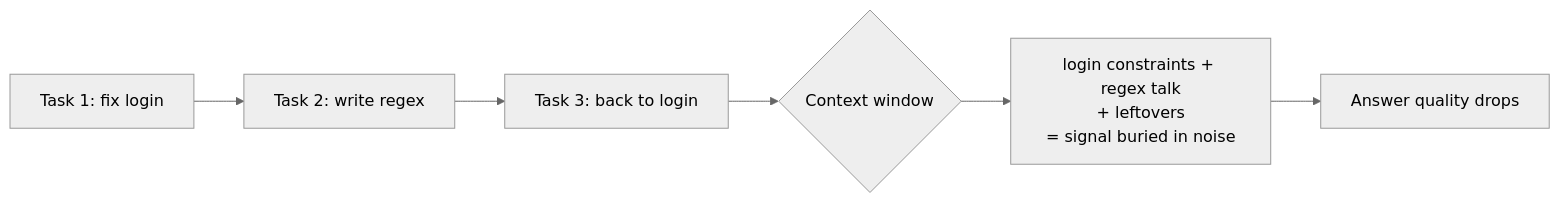
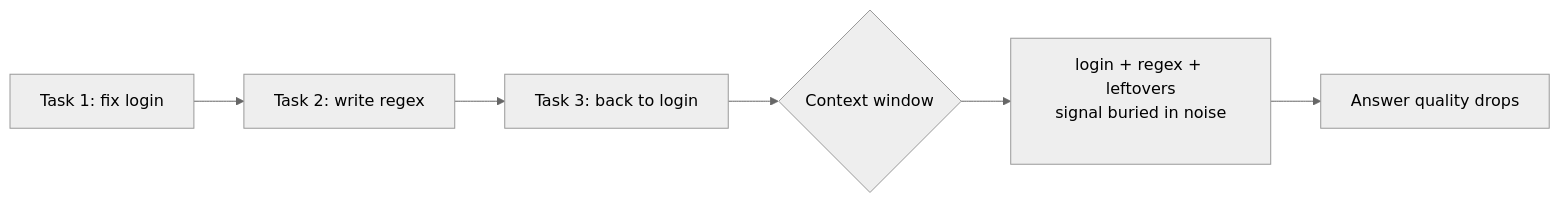
One commit to XuebinMa/AIWiki changed the diagram in i18n/en/docusaurus-plugin-content-docs/current/05-implementation/kitchen-sink-session.mdx. Above: the diagram before and after it, drawn with Mermaid (neutral theme). The commit also changed 2 other files, not shown here.

Commit message:
修复 Mermaid 节点末行被裁：多行标签补空行
kitchen-sink-session 的节点 E 多行 CJK 标签末行被方框裁掉。根因是 Mermaid 对
CJK 多行标签高度估算偏小。修法采用「末尾补一个 <br/>&nbsp; 空行」占住高度缺口，
既保留两行信息（登录约束+正则+残留 / 信号被噪声淹没），又不裁切。

本地用 Vale 3.15.1 同版本、Playwright 截图验证：中英两版节点 E 两行均完整显示。
并在 STYLE-GUIDE「配图」补一条规范，记录这个 Mermaid + CJK 的坑与解法。

Claude-Session: https://claude.ai/code/session_013uaRzsKearBzGMUwjz6HWa

````diff
--- a/i18n/en/docusaurus-plugin-content-docs/current/05-implementation/kitchen-sink-session.mdx
+++ b/i18n/en/docusaurus-plugin-content-docs/current/05-implementation/kitchen-sink-session.mdx
@@ -33,8 +33,8 @@
 ```mermaid
 flowchart LR
     A[Task 1: fix login] --> B[Task 2: write regex]
     B --> C[Task 3: back to login]
     C --> D{Context window}
-    D --> E["login constraints + regex talk<br/>+ leftovers<br/>= signal buried in noise"]
+    D --> E["login + regex + leftovers<br/>signal buried in noise<br/>&nbsp;"]
     E --> F[Answer quality drops]
 ```
````
